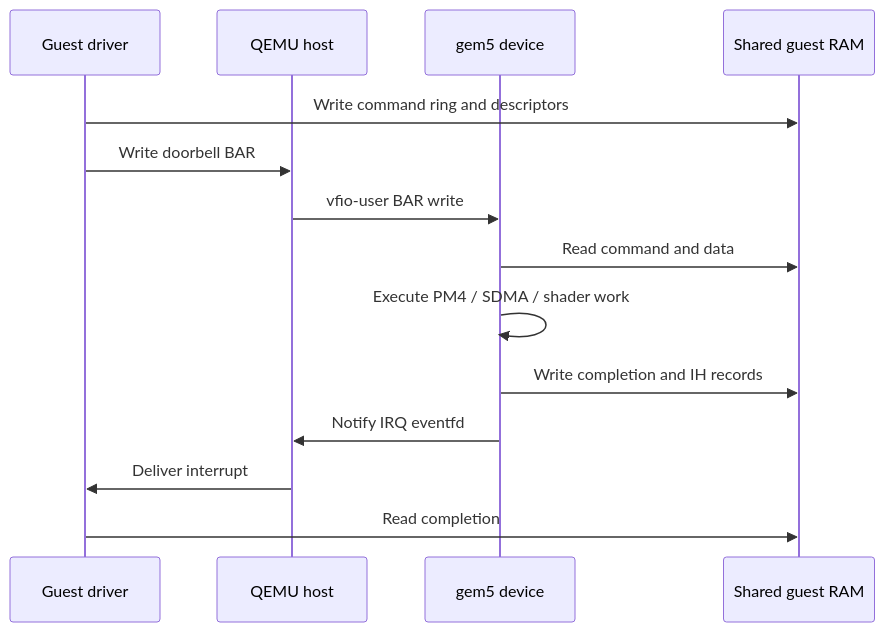
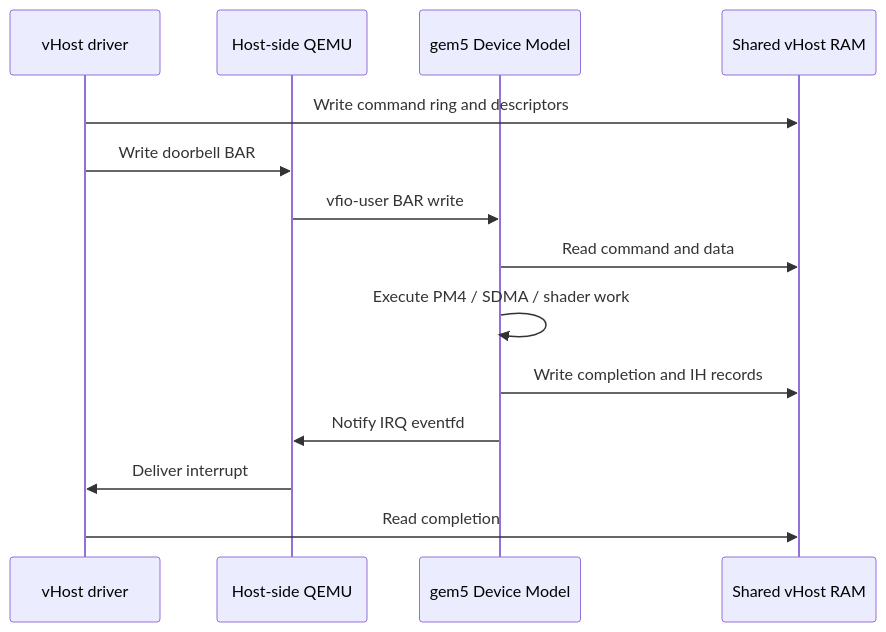
Before and after one commit to chengchen512/cosim-gpu: the third of 3 diagrams in docs/en/architecture.md, drawn with Mermaid. The commit also changed other lines of this file and 45 other files, not shown here.

````diff
--- a/docs/en/architecture.md
+++ b/docs/en/architecture.md
@@ -228,16 +245,16 @@
 ```mermaid
 sequenceDiagram
-    participant Guest as Guest driver
-    participant Host as QEMU host
-    participant GPU as gem5 device
-    participant RAM as Shared guest RAM
-    Guest->>RAM: Write command ring and descriptors
-    Guest->>Host: Write doorbell BAR
-    Host->>GPU: vfio-user BAR write
-    GPU->>RAM: Read command and data
-    GPU->>GPU: Execute PM4 / SDMA / shader work
-    GPU->>RAM: Write completion and IH records
-    GPU->>Host: Notify IRQ eventfd
-    Host->>Guest: Deliver interrupt
-    Guest->>RAM: Read completion
+    participant V as vHost driver
+    participant H as Host-side QEMU
+    participant D as gem5 Device Model
+    participant RAM as Shared vHost RAM
+    V->>RAM: Write command ring and descriptors
+    V->>H: Write doorbell BAR
+    H->>D: vfio-user BAR write
+    D->>RAM: Read command and data
+    D->>D: Execute PM4 / SDMA / shader work
+    D->>RAM: Write completion and IH records
+    D->>H: Notify IRQ eventfd
+    H->>V: Deliver interrupt
+    V->>RAM: Read completion
 ```
````
